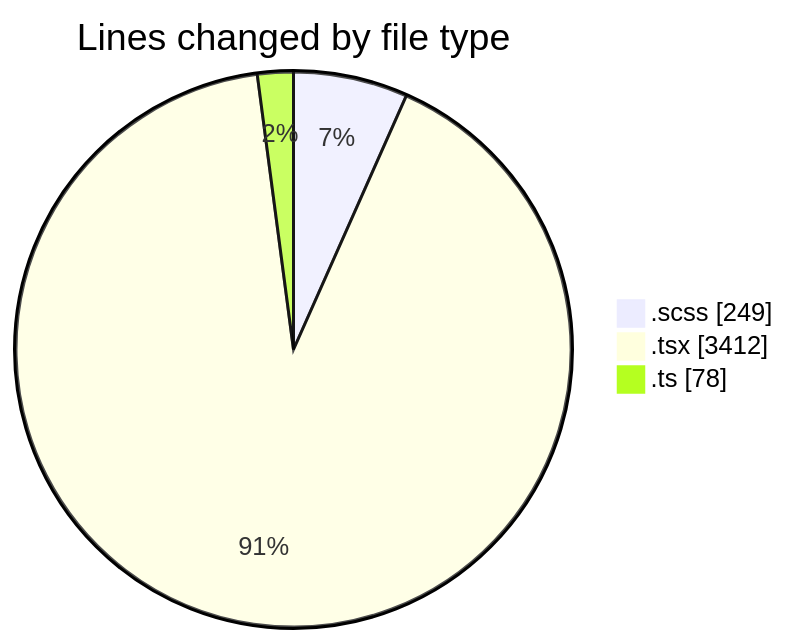
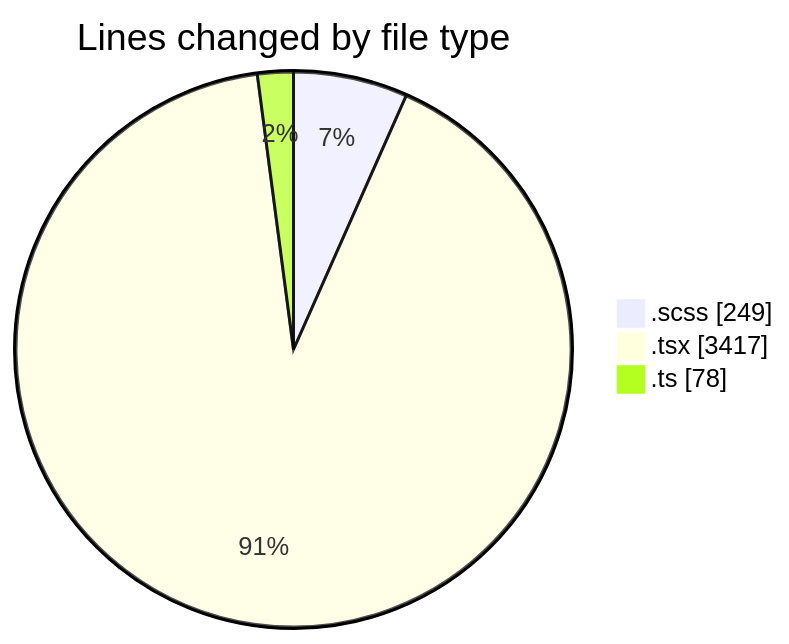
Before and after one commit to momahboobian/code-tracking: the first of 2 diagrams in 2025-09-26/cda/README.md, drawn with Mermaid. The commit also changed other lines of this file and 1 other file, not shown here.

````diff
--- a/2025-09-26/cda/README.md
+++ b/2025-09-26/cda/README.md
@@ -24,7 +24,7 @@
 ```mermaid
 pie showData
 title Lines changed by file type
 ".scss" : 249
-".tsx" : 3412
+".tsx" : 3417
 ".ts" : 78
 ```
````
